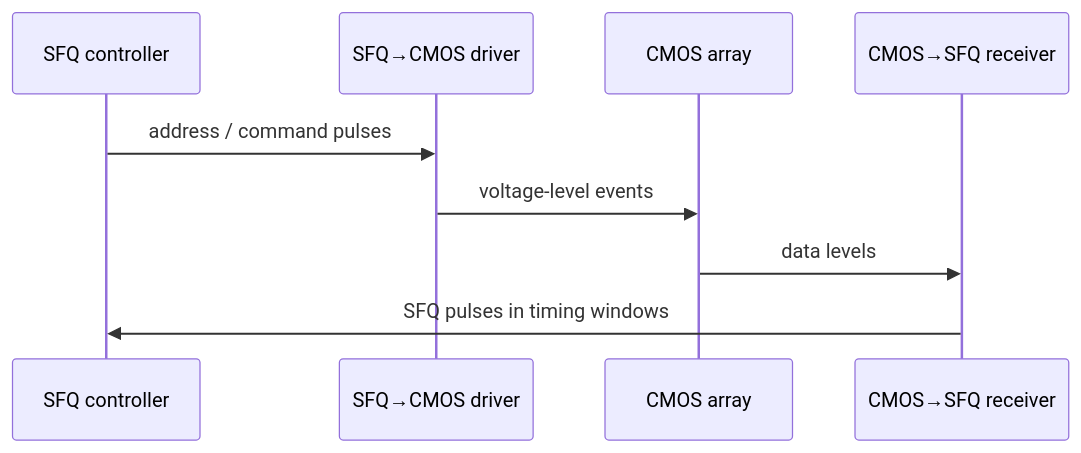
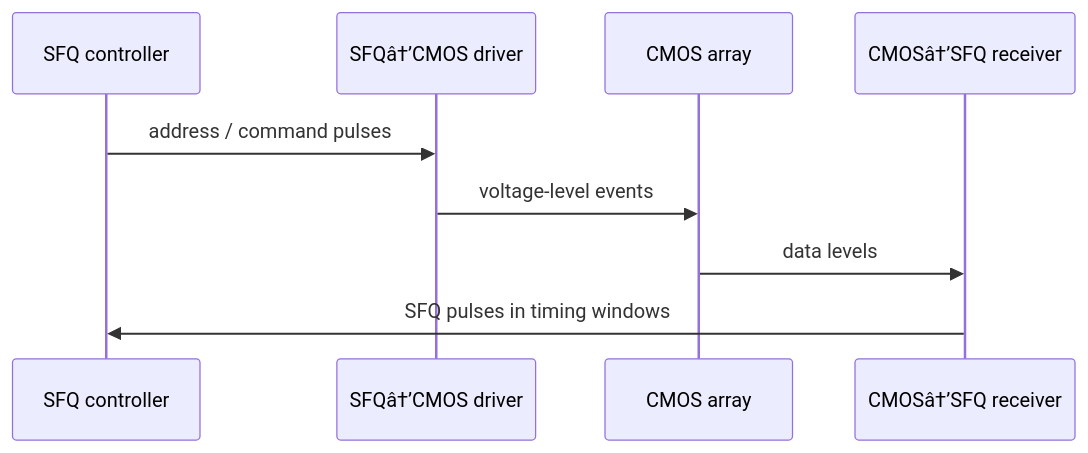
Before and after one commit to Single-Flux-Quantum/sfq-learn-public: the second of 2 diagrams in docs/concepts/josephson-cmos-hybrid-memory.md, drawn with Mermaid. The commit also changed other lines of this file and 41 other files, not shown here.

````diff
--- a/docs/concepts/josephson-cmos-hybrid-memory.md
+++ b/docs/concepts/josephson-cmos-hybrid-memory.md
@@ -83,11 +83,11 @@
 ```mermaid
 sequenceDiagram
   participant CPU as SFQ controller
-  participant TX as SFQ→CMOS driver
+  participant TX as SFQâ†’CMOS driver
   participant MEM as CMOS array
-  participant RX as CMOS→SFQ receiver
+  participant RX as CMOSâ†’SFQ receiver
   CPU->>TX: address / command pulses
   TX->>MEM: voltage-level events
   MEM->>RX: data levels
   RX->>CPU: SFQ pulses in timing windows
 ```
````
